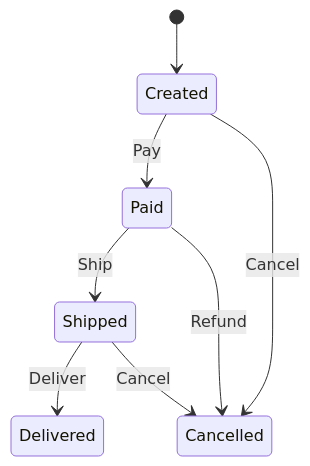
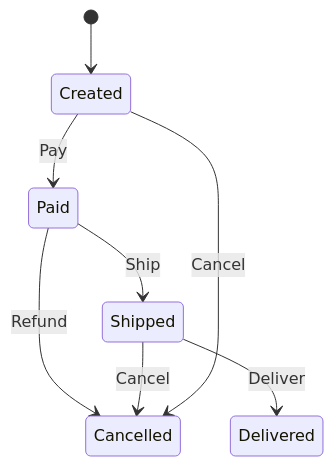
Before and after one commit to kookyleo/yasm: the diagram in docs/order_state_machine.mermaid, drawn with Mermaid. The commit also changed other lines of this file and 7 other files, not shown here.

```diff
--- a/docs/order_state_machine.mermaid
+++ b/docs/order_state_machine.mermaid
@@ -1,8 +1,8 @@
 stateDiagram-v2
     [*] --> Created
+    Paid --> Cancelled : Refund
+    Shipped --> Delivered : Deliver
+    Shipped --> Cancelled : Cancel
+    Created --> Cancelled : Cancel
     Created --> Paid : Pay
-    Shipped --> Delivered : Deliver
     Paid --> Shipped : Ship
-    Shipped --> Cancelled : Cancel
-    Paid --> Cancelled : Refund
-    Created --> Cancelled : Cancel
```
